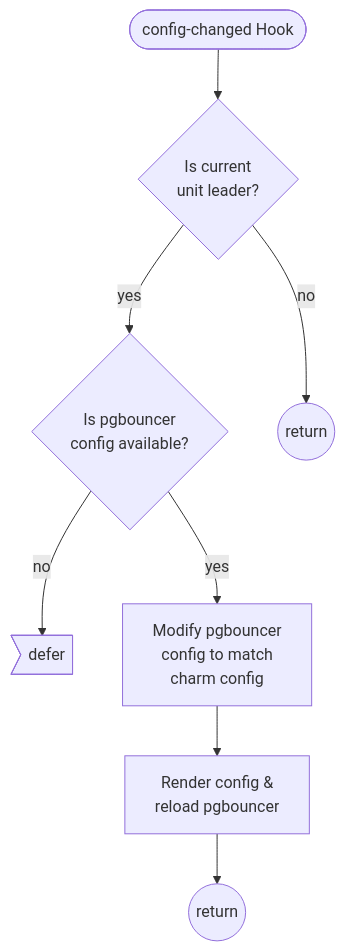
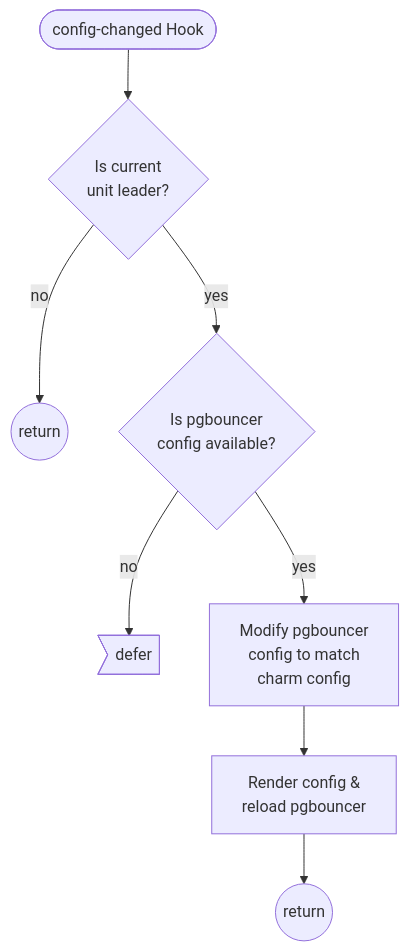
Before and after one commit to canonical/pgbouncer-k8s-operator: the third of 15 diagrams in CONTRIBUTING.md, drawn with Mermaid. The commit also changed other lines of this file, not shown here.

````diff
--- a/CONTRIBUTING.md
+++ b/CONTRIBUTING.md
@@ -100,10 +105,10 @@
 ```mermaid
 flowchart TD
   id301([config-changed Hook]) --> id302{Is current\nunit leader?}
+  id302 -- no --> rtn((return))
   id302 -- yes --> id303{Is pgbouncer\nconfig available?}
-  id302 -- no --> id0((return))
   id303 -- no --> id304>defer]
   id303 -- yes --> id305[Modify pgbouncer\nconfig to match\ncharm config]
   id305 --> id306[Render config &\nreload pgbouncer]
   id306 --> id1((return))
 ```
````
